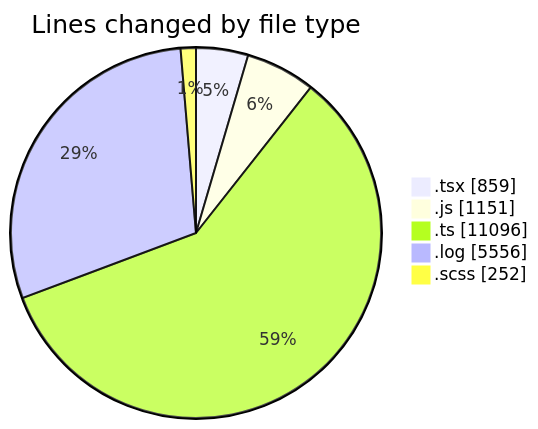
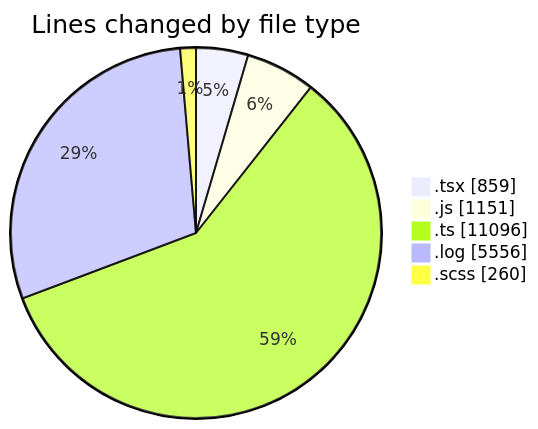
One commit to momahboobian/code-tracking changed the first of 2 diagrams in 2026-04-09/cda/README.md. Above: the diagram before and after it, drawn with Mermaid. The commit also changed other lines of this file and 1 other file, not shown here.

````diff
--- a/2026-04-09/cda/README.md
+++ b/2026-04-09/cda/README.md
@@ -31,9 +31,9 @@
 ```mermaid
 pie showData
 title Lines changed by file type
 ".tsx" : 859
 ".js" : 1151
 ".ts" : 11096
 ".log" : 5556
-".scss" : 252
+".scss" : 260
 ```
````
